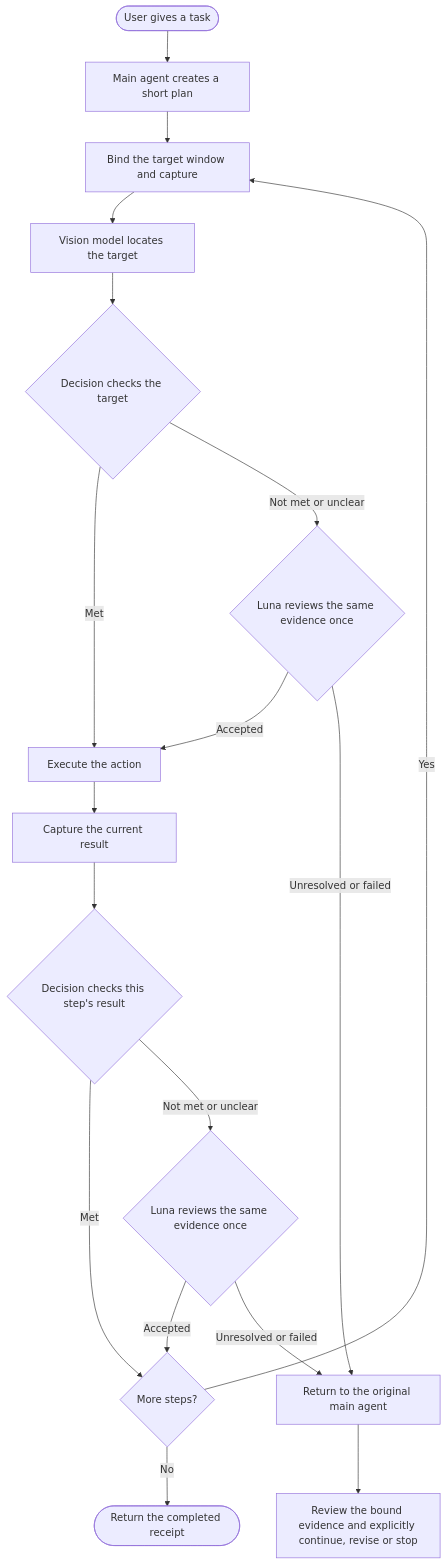
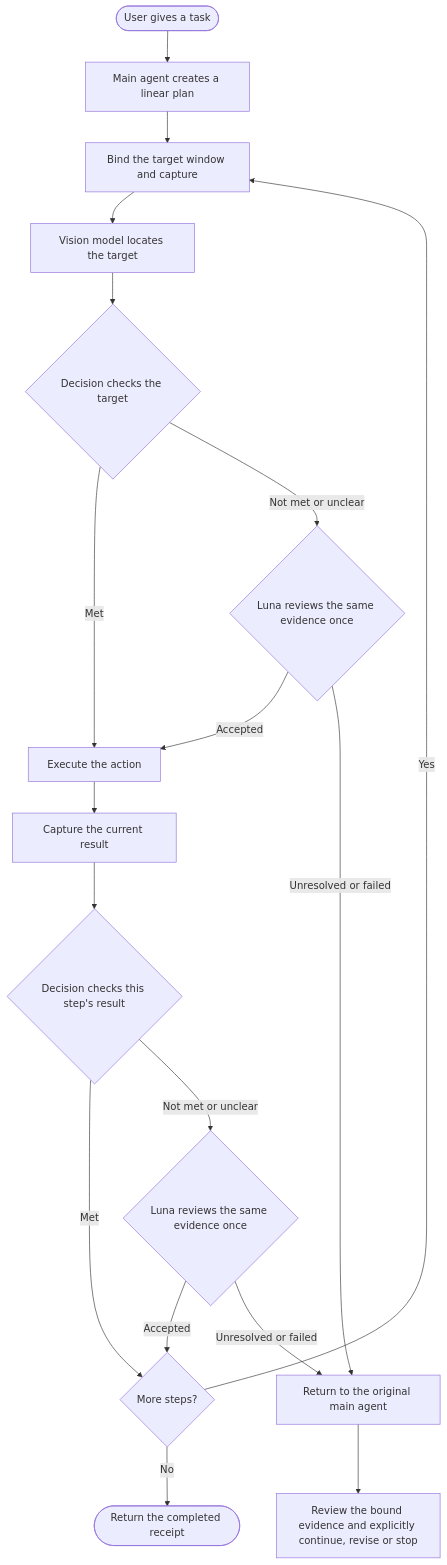
One commit to Desolate-Jix/agent-gui-runtime changed the diagram in docs/EXECUTION_GUIDE.md. Above: the diagram before and after it, drawn with Mermaid. The commit also changed other lines of this file and 27 other files, not shown here.

````diff
--- a/docs/EXECUTION_GUIDE.md
+++ b/docs/EXECUTION_GUIDE.md
@@ -29,20 +29,20 @@
 ```mermaid
 flowchart TD
-    U([User gives a task]) --> M[Main agent creates a short plan]
+    U([User gives a task]) --> M[Main agent creates a linear plan]
     M --> C[Bind the target window and capture]
     C --> V[Vision model locates the target]
     V --> D{Decision checks the target}
     D -->|Met| A[Execute the action]
     D -->|Not met or unclear| L{Luna reviews the same evidence once}
     L -->|Accepted| A
     L -->|Unresolved or failed| R[Return to the original main agent]
     A --> E[Capture the current result]
     E --> O{Decision checks this step's result}
     O -->|Met| N{More steps?}
     O -->|Not met or unclear| Q{Luna reviews the same evidence once}
     Q -->|Accepted| N
     Q -->|Unresolved or failed| R
     N -->|Yes| C
     N -->|No| F([Return the completed receipt])
     R --> P[Review the bound evidence and explicitly continue, revise or stop]
 ```
````
